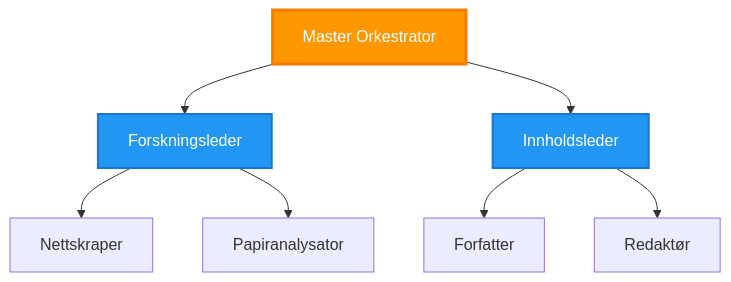
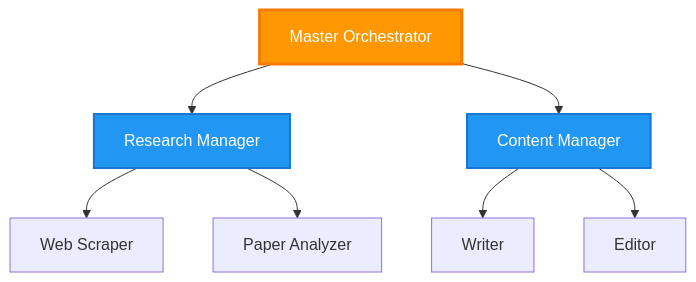
The fourth of 7 diagrams in translations/no/docs/chapter-06-pre-deployment/coordination-patterns.md (microsoft/AZD-for-beginners), drawn with Mermaid before and after one commit. The commit also changed other lines of this file and 153 other files, not shown here.

````diff
--- a/translations/no/docs/chapter-06-pre-deployment/coordination-patterns.md
+++ b/translations/no/docs/chapter-06-pre-deployment/coordination-patterns.md
@@ -143,21 +146,21 @@
 ```mermaid
 graph TB
-    Master[Master Orkestrator]
-    Manager1[Forskningsleder]
-    Manager2[Innholdsleder]
-    W1[Nettskraper]
-    W2[Papiranalysator]
-    W3[Forfatter]
-    W4[Redaktør]
+    Master[Master Orchestrator]
+    Manager1[Research Manager]
+    Manager2[Content Manager]
+    W1[Web Scraper]
+    W2[Paper Analyzer]
+    W3[Writer]
+    W4[Editor]
     
     Master --> Manager1
     Master --> Manager2
     Manager1 --> W1
     Manager1 --> W2
     Manager2 --> W3
     Manager2 --> W4
     
     style Master fill:#FF9800,stroke:#F57C00,stroke-width:3px,color:#fff
     style Manager1 fill:#2196F3,stroke:#1976D2,stroke-width:2px,color:#fff
     style Manager2 fill:#2196F3,stroke:#1976D2,stroke-width:2px,color:#fff
 ```
````
